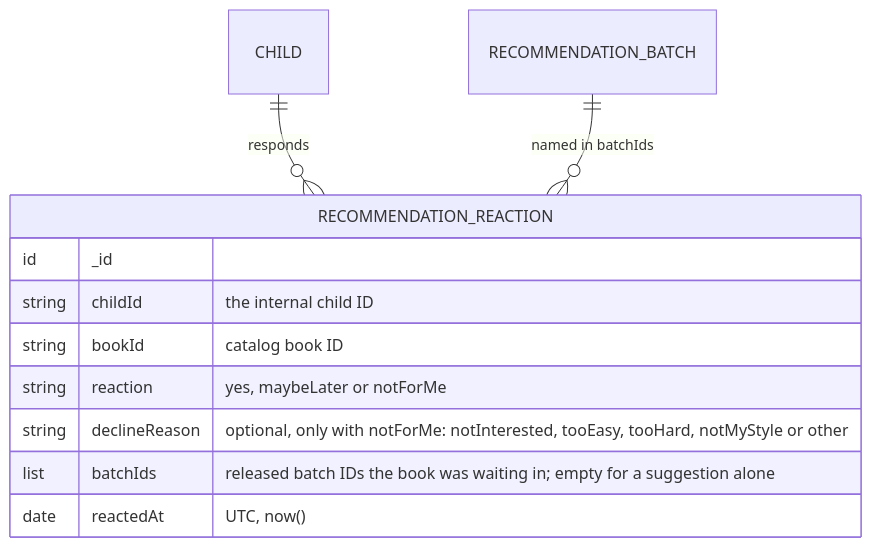
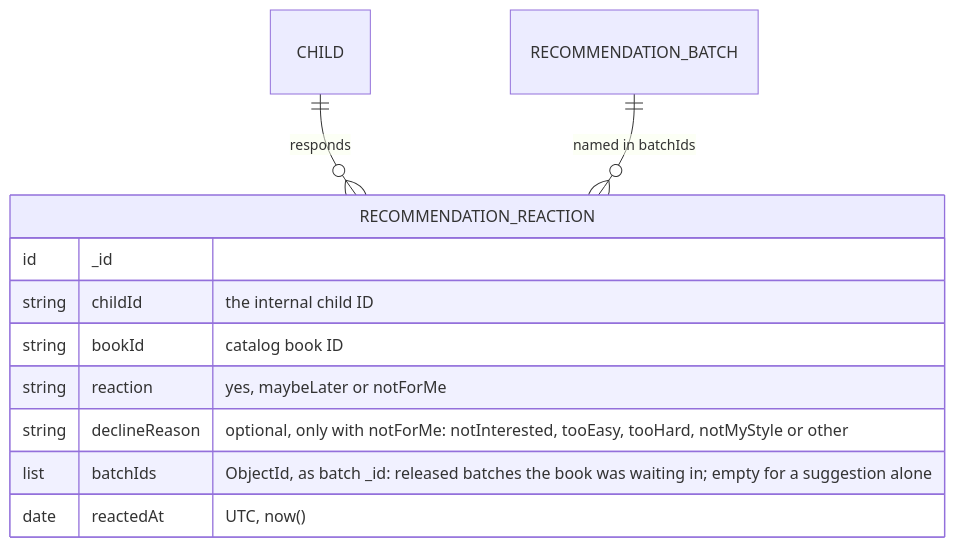
Before and after one commit to videogames21/book_buddies: the ninth of 9 diagrams in design/rec.md, drawn with Mermaid. The commit also changed other lines of this file, not shown here.

````diff
--- a/design/rec.md
+++ b/design/rec.md
@@ -634,14 +635,14 @@
 ```mermaid
 erDiagram
     CHILD ||--o{ RECOMMENDATION_REACTION : "responds"
     RECOMMENDATION_BATCH ||--o{ RECOMMENDATION_REACTION : "named in batchIds"
     RECOMMENDATION_REACTION {
         id _id
         string childId "the internal child ID"
         string bookId "catalog book ID"
         string reaction "yes, maybeLater or notForMe"
         string declineReason "optional, only with notForMe: notInterested, tooEasy, tooHard, notMyStyle or other"
-        list batchIds "released batch IDs the book was waiting in; empty for a suggestion alone"
+        list batchIds "ObjectId, as batch _id: released batches the book was waiting in; empty for a suggestion alone"
         date reactedAt "UTC, now()"
     }
 ```
````
